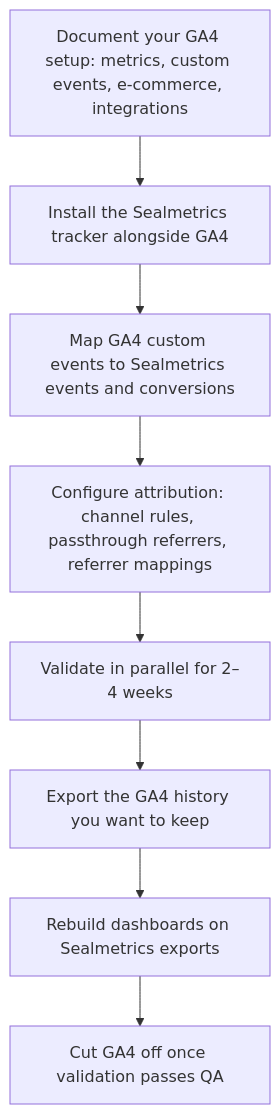
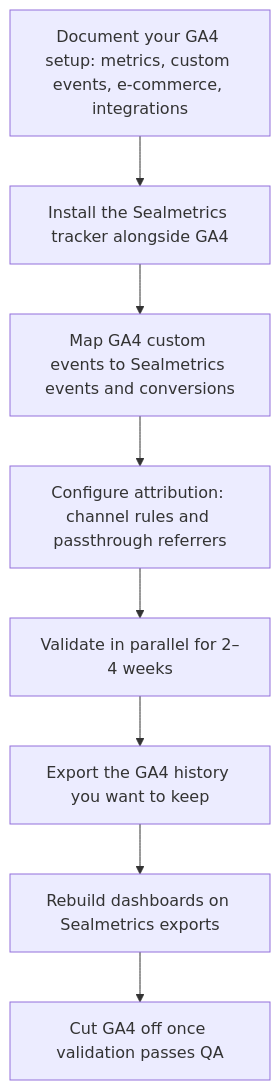
The diagram in docs/ga4-migration/index.mdx (sealmetrics/docs), drawn with Mermaid before and after one commit. The commit also changed other lines of this file and 91 other files, not shown here.

````diff
--- a/docs/ga4-migration/index.mdx
+++ b/docs/ga4-migration/index.mdx
@@ -55,10 +55,10 @@
 ```mermaid
 flowchart TD
     A["Document your GA4 setup: metrics, custom events, e-commerce, integrations"] --> B["Install the Sealmetrics tracker alongside GA4"]
     B --> C["Map GA4 custom events to Sealmetrics events and conversions"]
-    C --> D["Configure attribution: channel rules, passthrough referrers, referrer mappings"]
+    C --> D["Configure attribution: channel rules and passthrough referrers"]
     D --> E["Validate in parallel for 2–4 weeks"]
     E --> F["Export the GA4 history you want to keep"]
     F --> G["Rebuild dashboards on Sealmetrics exports"]
     G --> H["Cut GA4 off once validation passes QA"]
 ```
````
